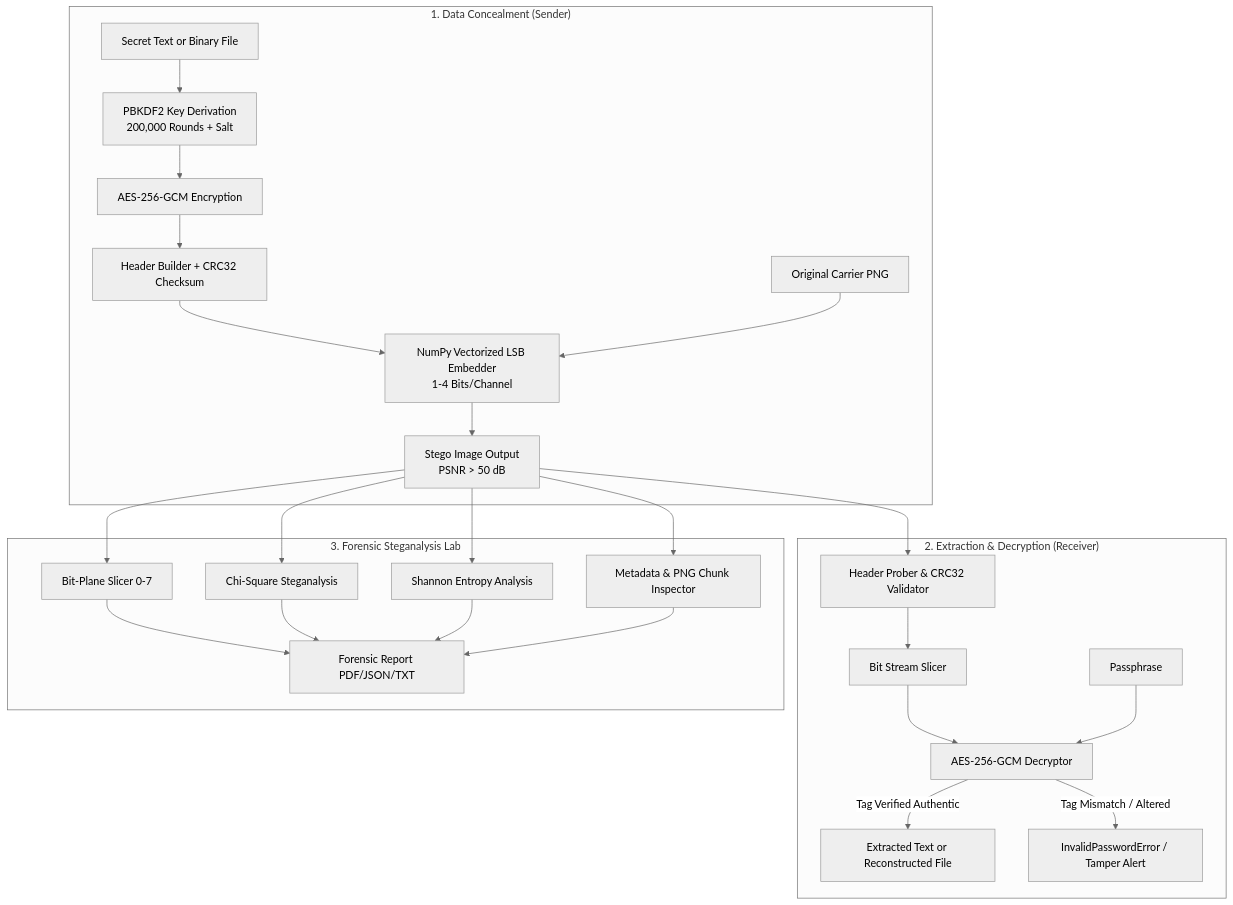
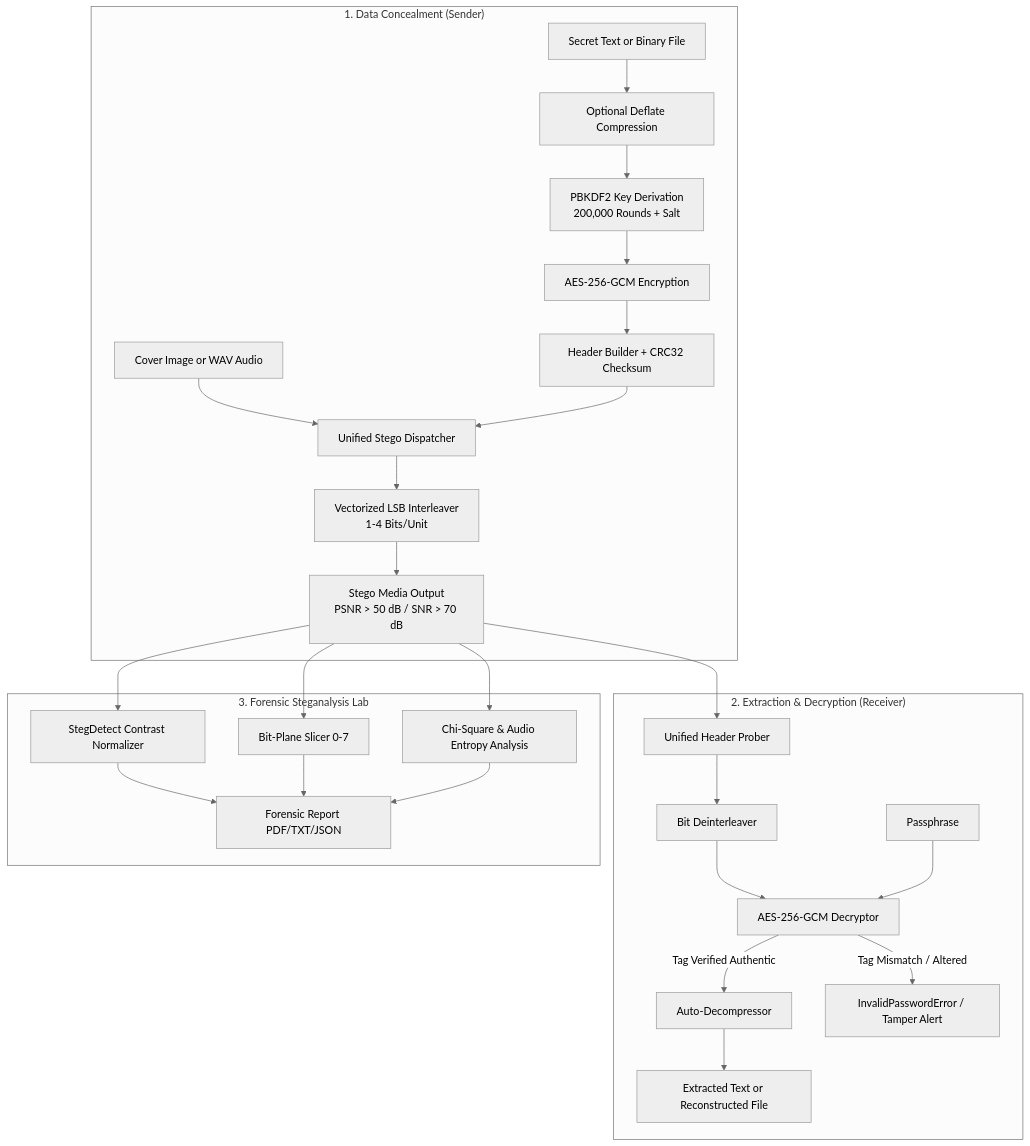
The diagram in README.md (MDsalmanhyder/Steganography-Suite), drawn with Mermaid (neutral theme) before and after one commit. The commit also changed other lines of this file and 58 other files, not shown here.

````diff
--- a/README.md
+++ b/README.md
@@ -58,28 +69,30 @@
 ```mermaid
 flowchart TD
     subgraph SENDER["1. Data Concealment (Sender)"]
-        A[Secret Text or Binary File] --> B[PBKDF2 Key Derivation<br/>200,000 Rounds + Salt]
-        B --> C[AES-256-GCM Encryption]
-        C --> D[Header Builder + CRC32 Checksum]
-        D --> E[NumPy Vectorized LSB Embedder<br/>1-4 Bits/Channel]
-        F[Original Carrier PNG] --> E
-        E --> G[Stego Image Output<br/>PSNR > 50 dB]
+        A[Secret Text or Binary File] --> B[Optional Deflate Compression]
+        B --> C[PBKDF2 Key Derivation<br/>200,000 Rounds + Salt]
+        C --> D[AES-256-GCM Encryption]
+        D --> E[Header Builder + CRC32 Checksum]
+        F[Cover Image or WAV Audio] --> G[Unified Stego Dispatcher]
+        E --> G
+        G --> H[Vectorized LSB Interleaver<br/>1-4 Bits/Unit]
+        H --> I[Stego Media Output<br/>PSNR > 50 dB / SNR > 70 dB]
     end
 
     subgraph RECEIVER["2. Extraction & Decryption (Receiver)"]
-        G --> H[Header Prober & CRC32 Validator]
-        H --> I[Bit Stream Slicer]
-        I --> J[AES-256-GCM Decryptor]
-        K[Passphrase] --> J
-        J -->|Tag Verified Authentic| L[Extracted Text or Reconstructed File]
-        J -->|Tag Mismatch / Altered| M[InvalidPasswordError / Tamper Alert]
+        I --> J[Unified Header Prober]
+        J --> K[Bit Deinterleaver]
+        K --> L[AES-256-GCM Decryptor]
+        M[Passphrase] --> L
+        L -->|Tag Verified Authentic| N[Auto-Decompressor]
+        N --> O[Extracted Text or Reconstructed File]
+        L -->|Tag Mismatch / Altered| P[InvalidPasswordError / Tamper Alert]
     end
 
     subgraph FORENSICS["3. Forensic Steganalysis Lab"]
-        G --> N[Bit-Plane Slicer 0-7]
-        G --> O[Chi-Square Steganalysis]
-        G --> P[Shannon Entropy Analysis]
-        G --> Q[Metadata & PNG Chunk Inspector]
-        N & O & P & Q --> R[Forensic Report PDF/JSON/TXT]
+        I --> Q[StegDetect Contrast Normalizer]
+        I --> R[Bit-Plane Slicer 0-7]
+        I --> S[Chi-Square & Audio Entropy Analysis]
+        Q & R & S --> T[Forensic Report PDF/TXT/JSON]
     end
 ```
````
